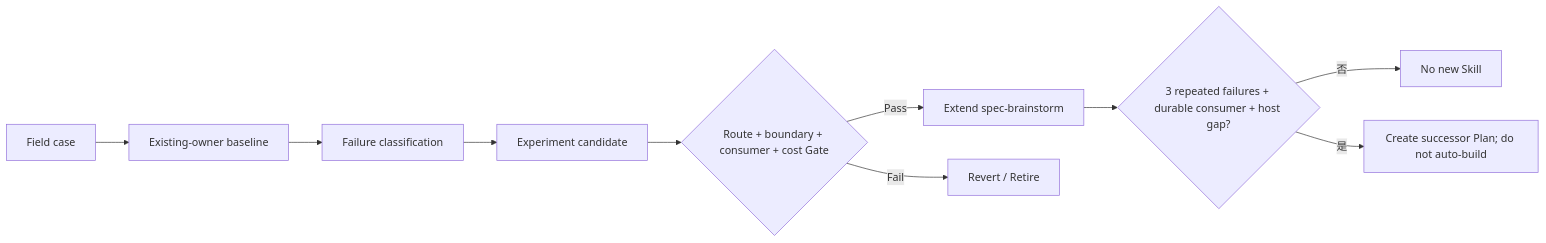
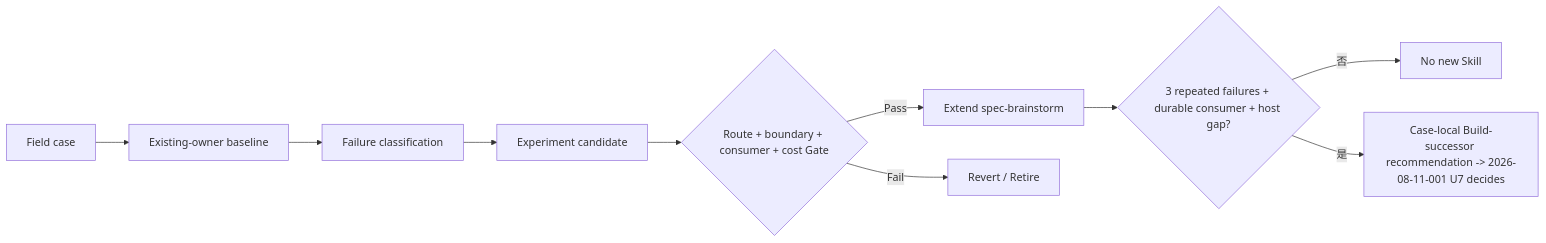
Before and after one commit to leo-kuang-ai/spec-first: the second of 2 diagrams in docs/plans/2026-07-28-002-feat-spec-decompose-vertical-closed-loop-plan.md, drawn with Mermaid. The commit also changed other lines of this file and 4 other files, not shown here.

````diff
--- a/docs/plans/2026-07-28-002-feat-spec-decompose-vertical-closed-loop-plan.md
+++ b/docs/plans/2026-07-28-002-feat-spec-decompose-vertical-closed-loop-plan.md
@@ -196,12 +196,12 @@
 ```mermaid
 flowchart LR
   A[Field case] --> B[Existing-owner baseline]
   B --> C[Failure classification]
   C --> D[Experiment candidate]
   D --> E{Route + boundary + consumer + cost Gate}
   E -- Pass --> F[Extend spec-brainstorm]
   E -- Fail --> G[Revert / Retire]
   F --> H{3 repeated failures + durable consumer + host gap?}
   H -- 否 --> I[No new Skill]
-  H -- 是 --> J[Create successor Plan; do not auto-build]
+  H -- 是 --> J[Case-local Build-successor recommendation -> 2026-08-11-001 U7 decides]
 ```
````
